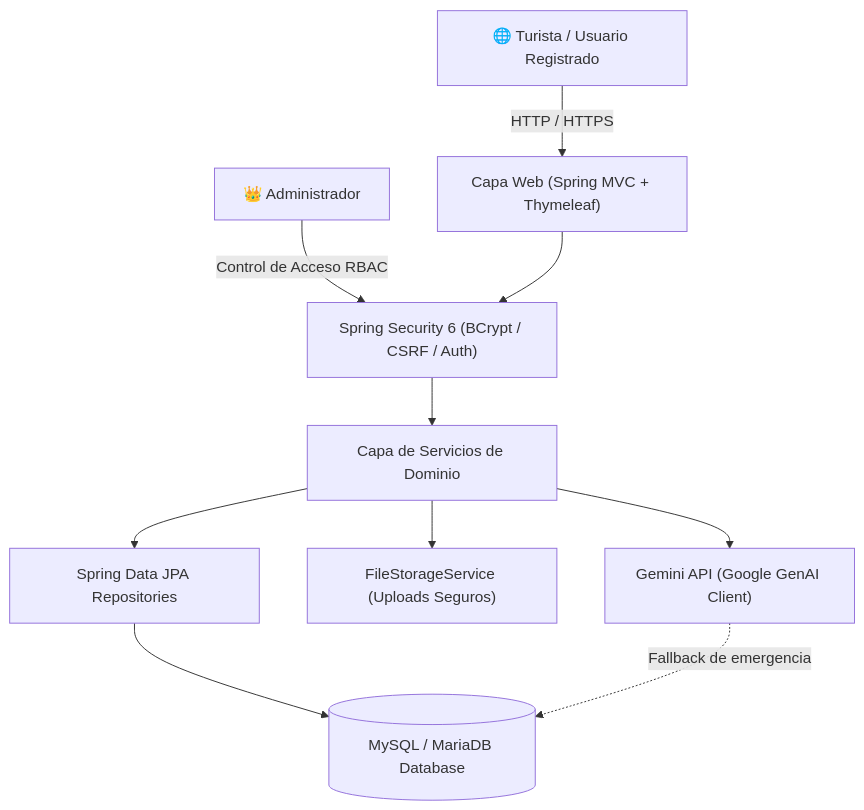
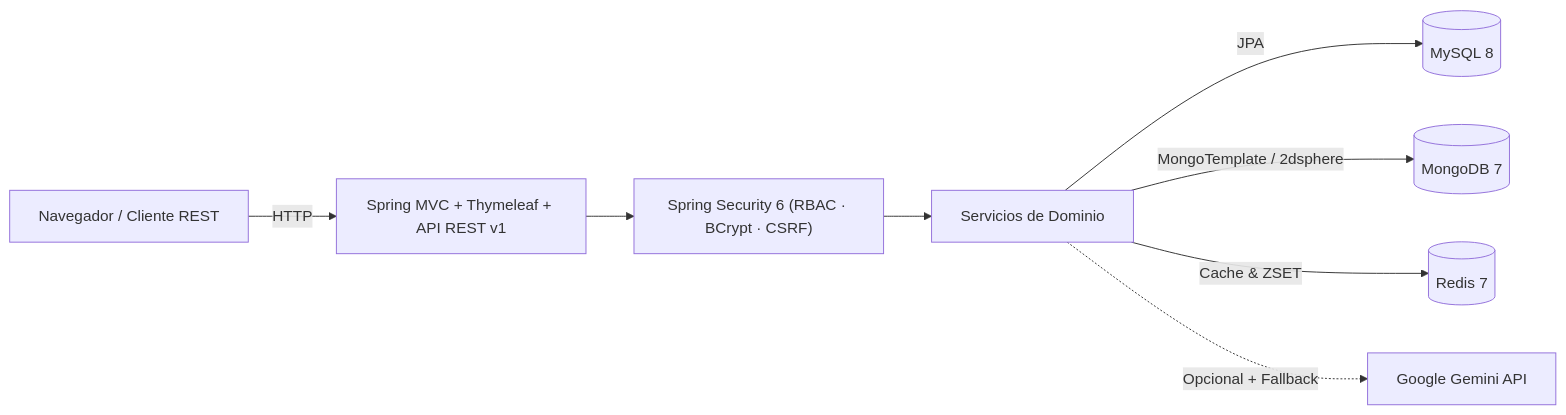
One commit to josezambranol/Odyssey changed the diagram in README.md. Above: the diagram before and after it, drawn with Mermaid. The commit also changed other lines of this file and 9 other files, not shown here.

````diff
--- a/README.md
+++ b/README.md
@@ -54,15 +30,10 @@
 ```mermaid
-graph TD
-    User["🌐 Turista / Usuario Registrado"] -->|HTTP / HTTPS| MVC["Capa Web (Spring MVC + Thymeleaf)"]
-    Admin["👑 Administrador"] -->|Control de Acceso RBAC| Sec["Spring Security 6 (BCrypt / CSRF / Auth)"]
-    
-    MVC --> Sec
-    Sec --> Service["Capa de Servicios de Dominio"]
-    
-    Service --> Repo["Spring Data JPA Repositories"]
-    Service --> Storage["FileStorageService (Uploads Seguros)"]
-    Service --> AI["Gemini API (Google GenAI Client)"]
-    
-    Repo --> DB[("MySQL / MariaDB Database")]
-    AI -.->|Fallback de emergencia| DB
+flowchart LR
+    Client["Navegador / Cliente REST"] -->|HTTP| Web["Spring MVC + Thymeleaf + API REST v1"]
+    Web --> Sec["Spring Security 6 (RBAC · BCrypt · CSRF)"]
+    Sec --> Services["Servicios de Dominio"]
+    Services -->|JPA| MySQL[("MySQL 8")]
+    Services -->|MongoTemplate / 2dsphere| Mongo[("MongoDB 7")]
+    Services -->|Cache & ZSET| Redis[("Redis 7")]
+    Services -.->|Opcional + Fallback| Gemini["Google Gemini API"]
 ```
````
